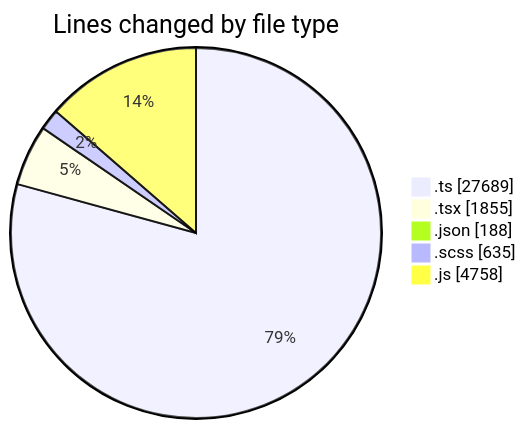
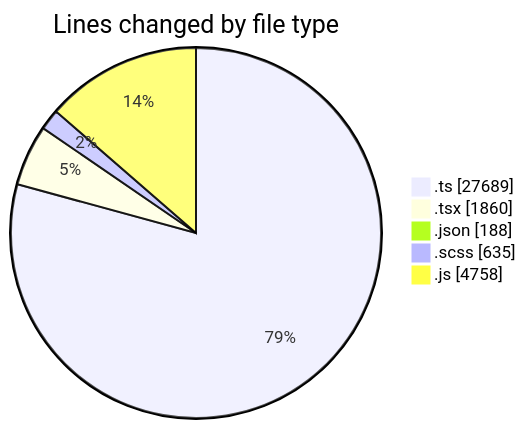
One commit to momahboobian/code-tracking changed the first of 2 diagrams in 2026-05-07/cda/README.md. Above: the diagram before and after it, drawn with Mermaid. The commit also changed other lines of this file and 1 other file, not shown here.

````diff
--- a/2026-05-07/cda/README.md
+++ b/2026-05-07/cda/README.md
@@ -46,9 +46,9 @@
 ```mermaid
 pie showData
 title Lines changed by file type
 ".ts" : 27689
-".tsx" : 1855
+".tsx" : 1860
 ".json" : 188
 ".scss" : 635
 ".js" : 4758
 ```
````
